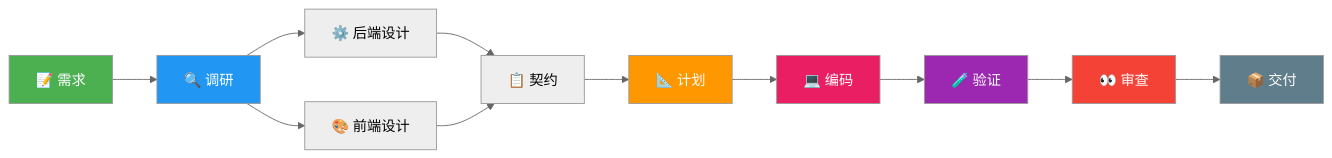
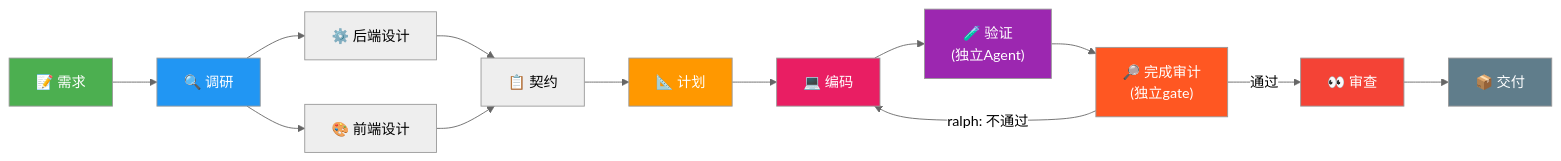
One commit to minghaoZhangZ/shipkit changed the second of 4 diagrams in README.md. Above: the diagram before and after it, drawn with Mermaid (neutral theme). The commit also changed other lines of this file and 1 other file, not shown here.

First line of the commit message:
docs: README + ARCHITECTURE 更新 — 反映 ralph 持久化完成循环和 Completion Audit 独立化

````diff
--- a/README.md
+++ b/README.md
@@ -150,21 +150,24 @@
 ```mermaid
 flowchart LR
     A["📝 需求"] --> B["🔍 调研"]
     B --> C1["⚙️ 后端设计"]
     B --> C2["🎨 前端设计"]
     C1 --> D["📋 契约"]
     C2 --> D
     D --> E["📐 计划"]
     E --> F["💻 编码"]
-    F --> G["🧪 验证"]
-    G --> H["👀 审查"]
-    H --> I["📦 交付"]
+    F --> G["🧪 验证<br/>(独立Agent)"]
+    G --> H["🔎 完成审计<br/>(独立gate)"]
+    H -->|"通过"| I["👀 审查"]
+    H -->|"ralph: 不通过"| F
+    I --> J["📦 交付"]
 
     style A fill:#4CAF50,color:#fff
     style B fill:#2196F3,color:#fff
     style E fill:#FF9800,color:#fff
     style F fill:#E91E63,color:#fff
     style G fill:#9C27B0,color:#fff
-    style H fill:#F44336,color:#fff
-    style I fill:#607D8B,color:#fff
+    style H fill:#FF5722,color:#fff
+    style I fill:#F44336,color:#fff
+    style J fill:#607D8B,color:#fff
 ```
````
